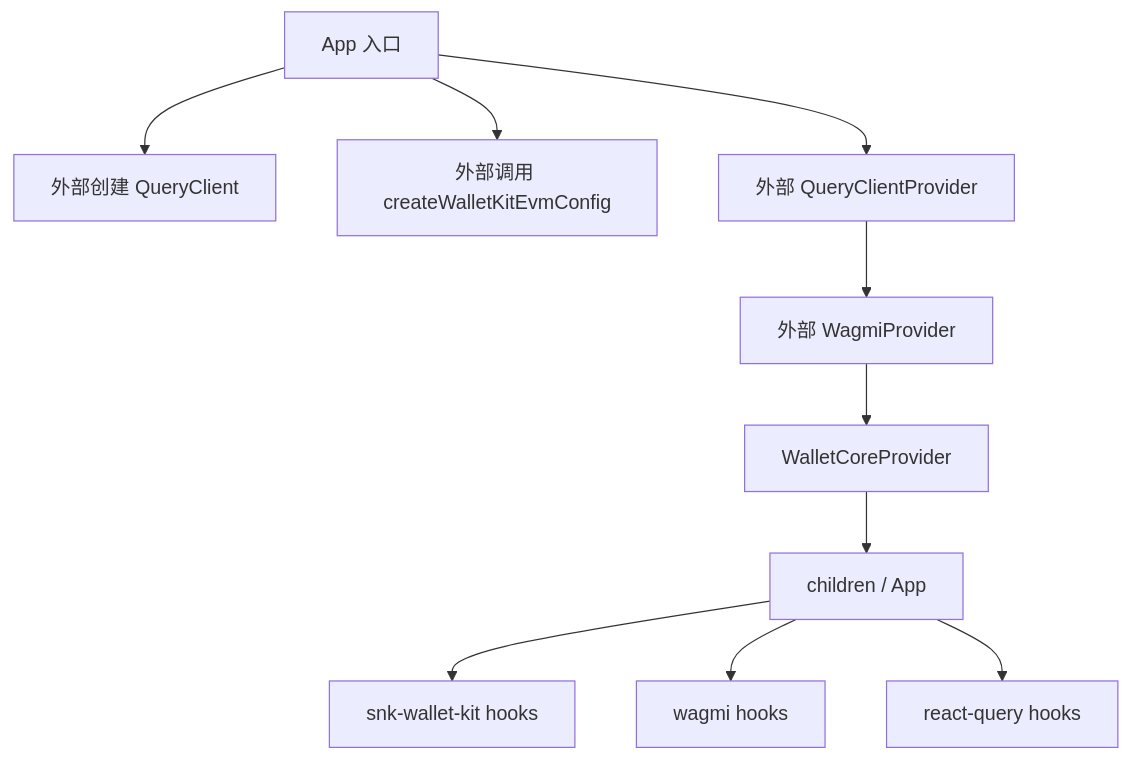
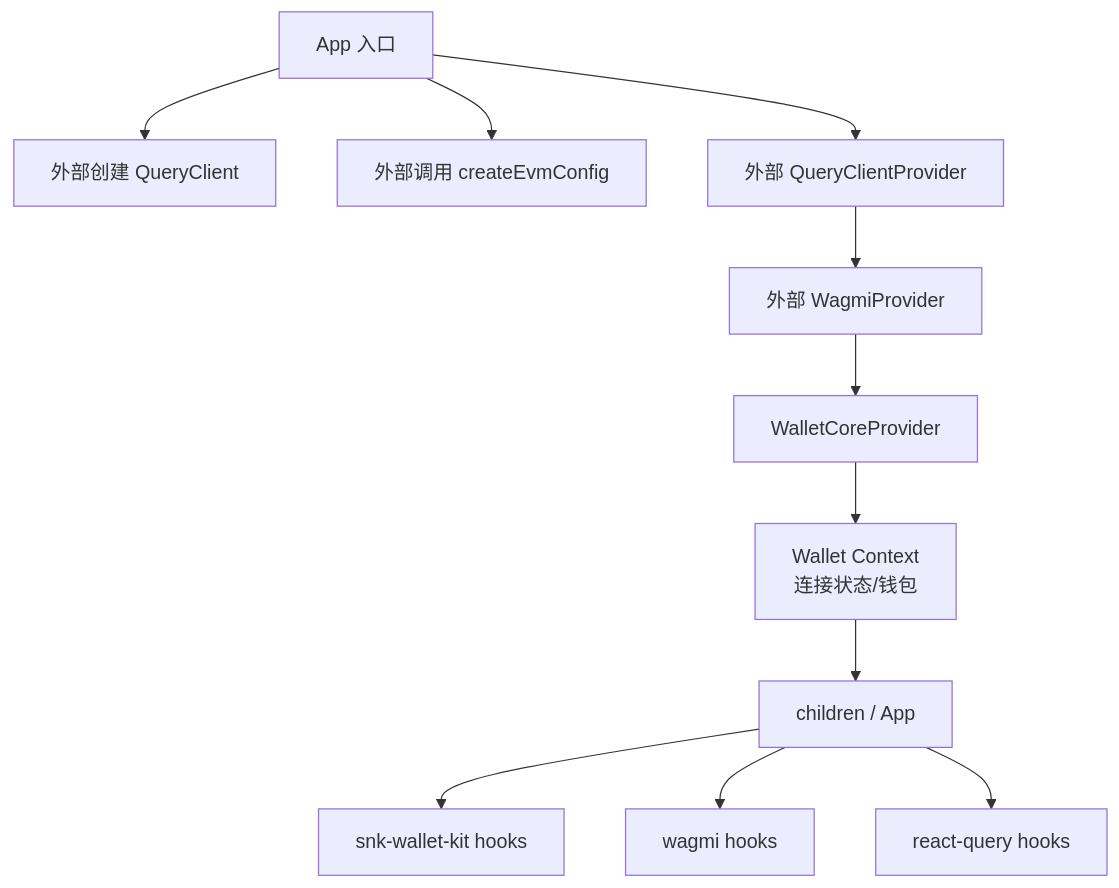
The second of 2 diagrams in docs/fix-bug/5-15.md (0xSnickers/snk-wallet-kit), drawn with Mermaid before and after one commit. The commit also changed other lines of this file, not shown here.

````diff
--- a/docs/fix-bug/5-15.md
+++ b/docs/fix-bug/5-15.md
@@ -81,12 +151,13 @@
 ```mermaid
 graph TD
     A[App 入口] --> B[外部创建 QueryClient]
-    A --> C[外部调用 createWalletKitEvmConfig]
+    A --> C[外部调用 createEvmConfig]
     A --> D[外部 QueryClientProvider]
     D --> E[外部 WagmiProvider]
     E --> F[WalletCoreProvider]
-    F --> G[children / App]
-    G --> H[snk-wallet-kit hooks]
-    G --> I[wagmi hooks]
-    G --> J[react-query hooks]
+    F --> G[Wallet Context<br/>连接状态/钱包]
+    G --> H[children / App]
+    H --> I[snk-wallet-kit hooks]
+    H --> J[wagmi hooks]
+    H --> K[react-query hooks]
 ```
````
